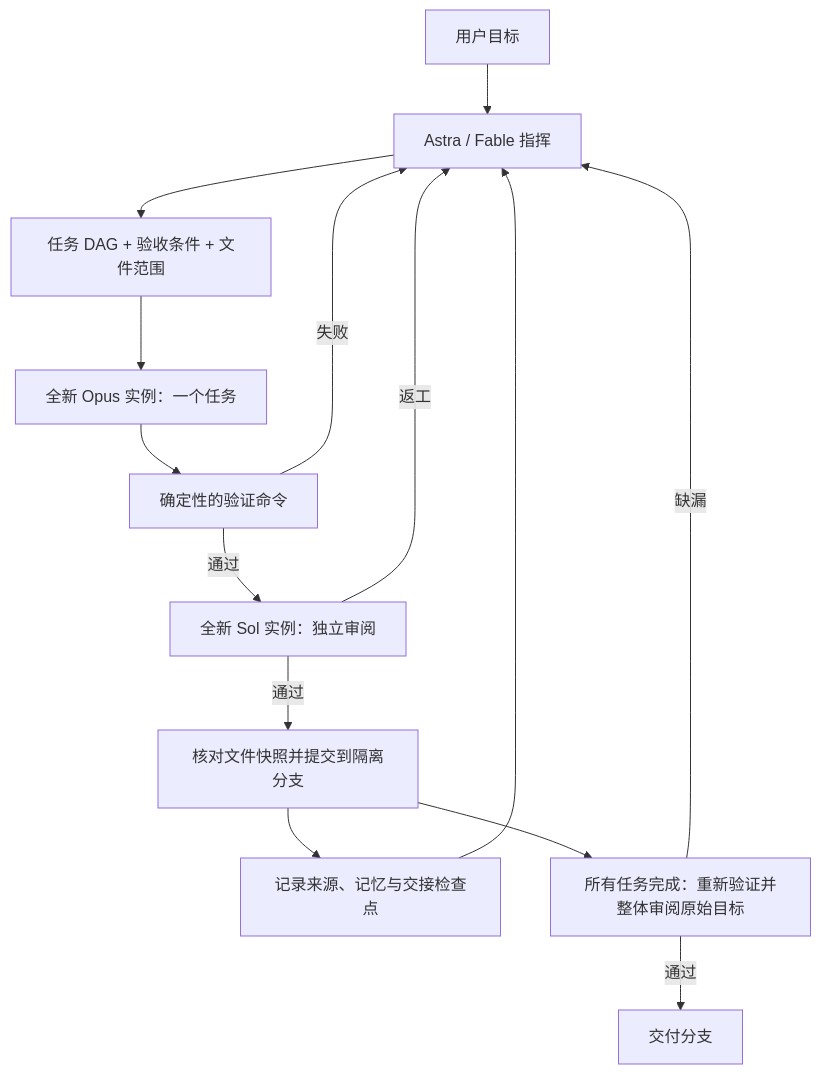
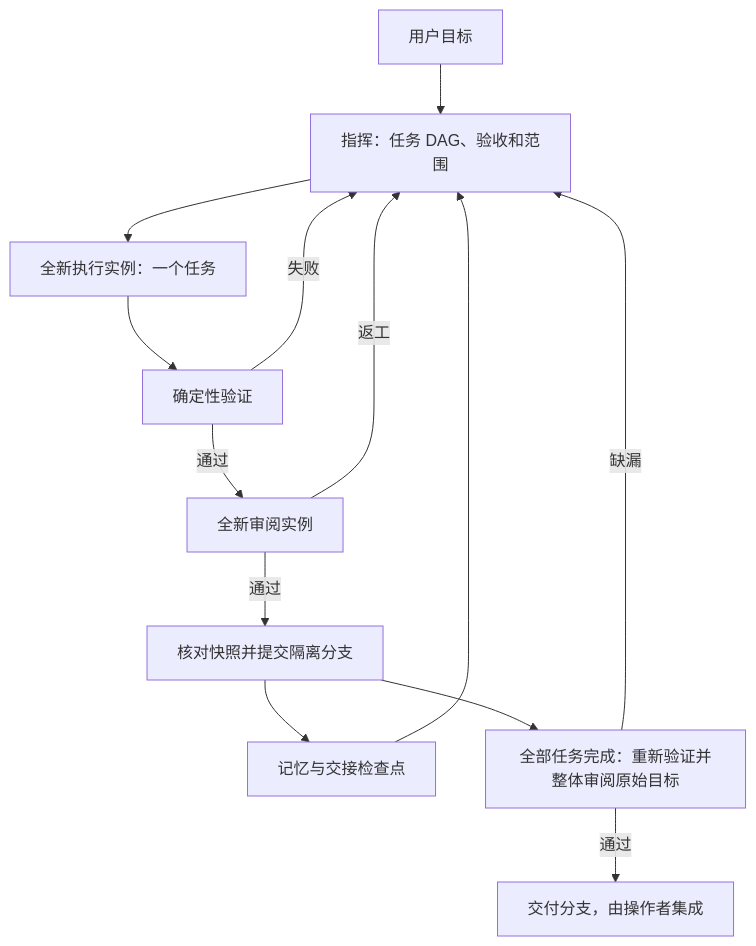
Before and after one commit to ChronotaoLi/ChronotaoLi-Claude-Codex-Harness: the diagram in README.md, drawn with Mermaid. The commit also changed other lines of this file and 34 other files, not shown here.

````diff
--- a/README.md
+++ b/README.md
@@ -11,16 +13,15 @@
 ```mermaid
 flowchart TD
-    U[用户目标] --> C[Astra / Fable 指挥]
-    C --> P[任务 DAG + 验收条件 + 文件范围]
-    P --> W[全新 Opus 实例：一个任务]
-    W --> V[确定性的验证命令]
-    V -->|通过| R[全新 Sol 实例：独立审阅]
+    U[用户目标] --> C[指挥：任务 DAG、验收和范围]
+    C --> W[全新执行实例：一个任务]
+    W --> V[确定性验证]
+    V -->|通过| R[全新审阅实例]
     V -->|失败| C
     R -->|返工| C
-    R -->|通过| A[核对文件快照并提交到隔离分支]
-    A --> M[记录来源、记忆与交接检查点]
+    R -->|通过| A[核对快照并提交隔离分支]
+    A --> M[记忆与交接检查点]
     M --> C
-    A --> F[所有任务完成：重新验证并整体审阅原始目标]
-    F -->|通过| D[交付分支]
+    A --> F[全部任务完成：重新验证并整体审阅原始目标]
+    F -->|通过| D[交付分支，由操作者集成]
     F -->|缺漏| C
 ```
````
